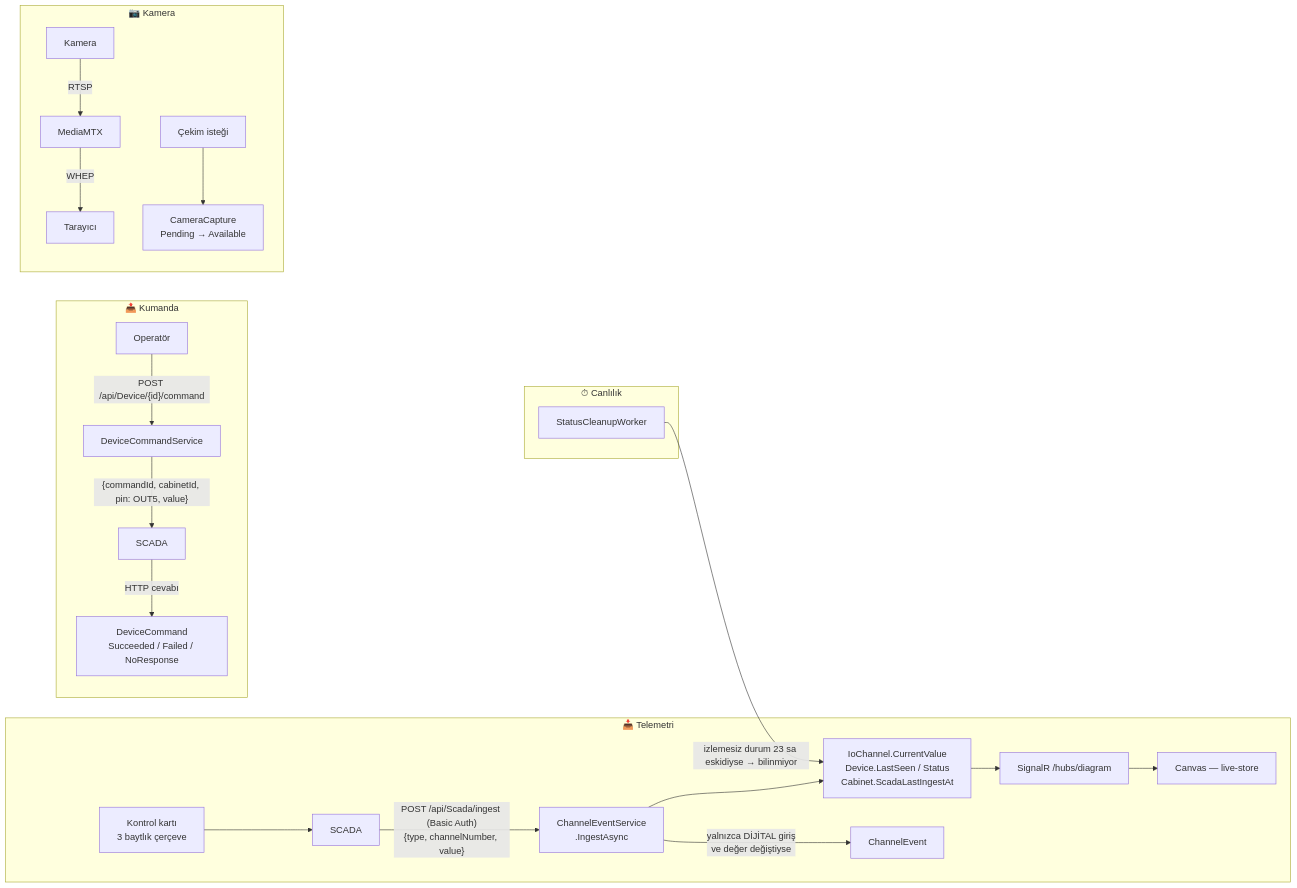
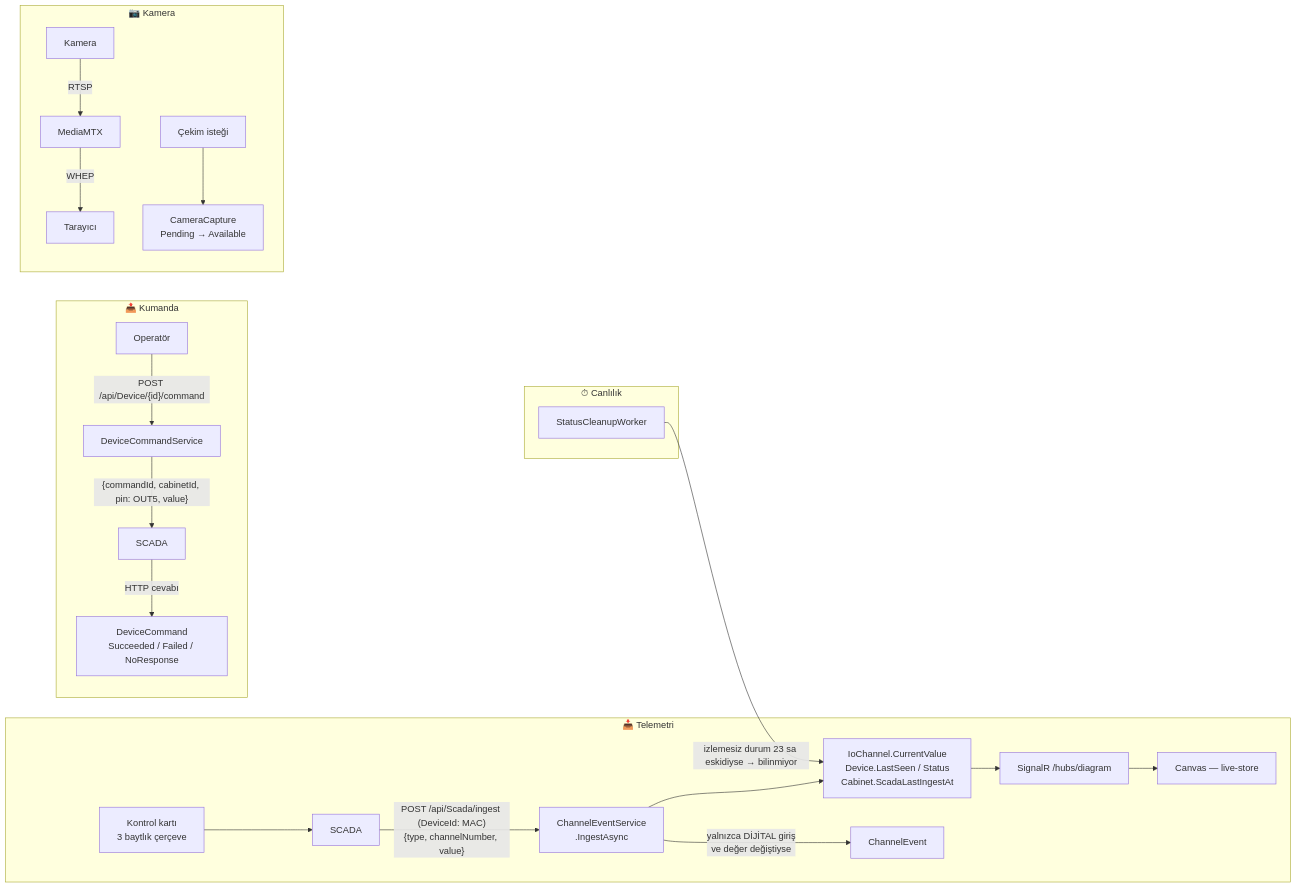
Before and after one commit to servankilinc/Scadex: the second of 2 diagrams in Docs/data-structor.md, drawn with Mermaid. The commit also changed other lines of this file and 25 other files, not shown here.

Commit message:
Scada MacAddres

````diff
--- a/Docs/data-structor.md
+++ b/Docs/data-structor.md
@@ -333,27 +333,27 @@
 ```mermaid
 flowchart LR
     subgraph OKUMA["📥 Telemetri"]
         KART["Kontrol kartı<br/>3 baytlık çerçeve"] --> SC["SCADA"]
-        SC -->|"POST /api/Scada/ingest (Basic Auth)<br/>{type, channelNumber, value}"| ING["ChannelEventService<br/>.IngestAsync"]
+        SC -->|"POST /api/Scada/ingest (DeviceId: MAC)<br/>{type, channelNumber, value}"| ING["ChannelEventService<br/>.IngestAsync"]
         ING --> CV["IoChannel.CurrentValue<br/>Device.LastSeen / Status<br/>Cabinet.ScadaLastIngestAt"]
         ING -->|"yalnızca DİJİTAL giriş<br/>ve değer değiştiyse"| CE["ChannelEvent"]
         CV --> HUB["SignalR /hubs/diagram"]
         HUB --> UI["Canvas — live-store"]
     end
 
     subgraph YAZMA["📤 Kumanda"]
         OP["Operatör"] -->|"POST /api/Device/{id}/command"| DCS["DeviceCommandService"]
         DCS -->|"{commandId, cabinetId, pin: OUT5, value}"| SC2["SCADA"]
         SC2 -->|"HTTP cevabı"| DC["DeviceCommand<br/>Succeeded / Failed / NoResponse"]
     end
 
     subgraph KAMERA["📷 Kamera"]
         CAM["Kamera"] -->|RTSP| MTX["MediaMTX"]
         MTX -->|WHEP| BR["Tarayıcı"]
         CAP["Çekim isteği"] --> CC["CameraCapture<br/>Pending → Available"]
     end
 
     subgraph SUPURUCU["⏱ Canlılık"]
         OFF["StatusCleanupWorker"] -->|"izlemesiz durum 23 sa eskidiyse → bilinmiyor"| CV
     end
 ```
````
